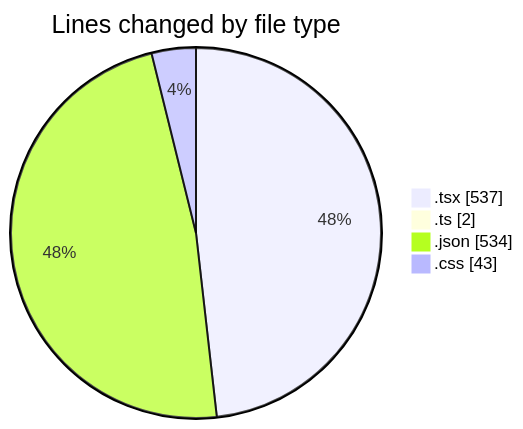
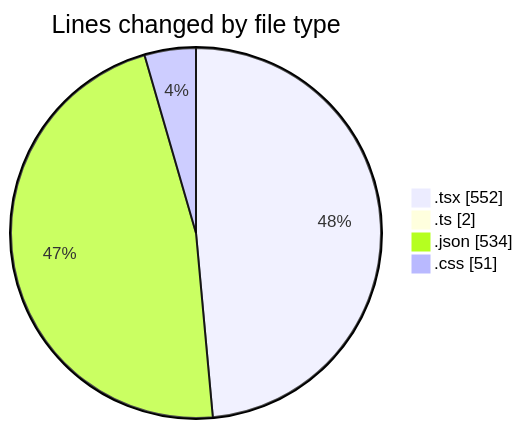
One commit to EIIisD/code-tracking changed the first of 2 diagrams in 2025-08-02/tw-server/README.md. Above: the diagram before and after it, drawn with Mermaid. The commit also changed other lines of this file and 1 other file, not shown here.

````diff
--- a/2025-08-02/tw-server/README.md
+++ b/2025-08-02/tw-server/README.md
@@ -24,8 +24,8 @@
 ```mermaid
 pie showData
 title Lines changed by file type
-".tsx" : 537
+".tsx" : 552
 ".ts" : 2
 ".json" : 534
-".css" : 43
+".css" : 51
 ```
````
